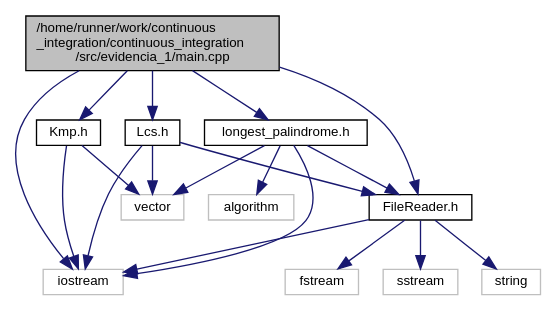
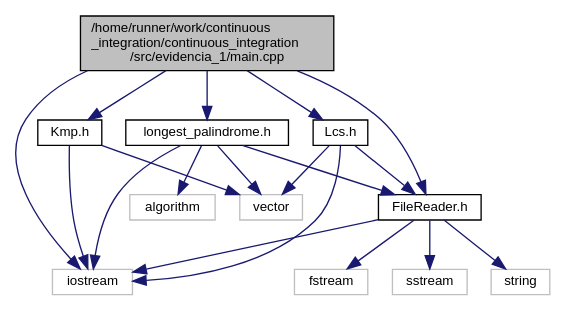
Before and after one commit to Oscar-gg/continuous_integration: the diagram in main_8cpp__incl.dot, drawn with Graphviz. The commit also changed 9 other files, not shown here.

```diff
--- a/main_8cpp__incl.dot
+++ b/main_8cpp__incl.dot
@@ -1,35 +1,35 @@
 digraph "/home/runner/work/continuous_integration/continuous_integration/src/evidencia_1/main.cpp"
 {
  // LATEX_PDF_SIZE
   edge [fontname="Helvetica",fontsize="10",labelfontname="Helvetica",labelfontsize="10"];
   node [fontname="Helvetica",fontsize="10",shape=record];
   Node1 [label="/home/runner/work/continuous\l_integration/continuous_integration\l/src/evidencia_1/main.cpp",height=0.2,width=0.4,color="black", fillcolor="grey75", style="filled", fontcolor="black",tooltip=" "];
   Node1 -> Node2 [color="midnightblue",fontsize="10",style="solid",fontname="Helvetica"];
   Node2 [label="FileReader.h",height=0.2,width=0.4,color="black", fillcolor="white", style="filled",URL="$FileReader_8h.html",tooltip=" "];
   Node2 -> Node3 [color="midnightblue",fontsize="10",style="solid",fontname="Helvetica"];
-  Node3 [label="iostream",height=0.2,width=0.4,color="grey75", fillcolor="white", style="filled",tooltip=" "];
+  Node3 [label="fstream",height=0.2,width=0.4,color="grey75", fillcolor="white", style="filled",tooltip=" "];
   Node2 -> Node4 [color="midnightblue",fontsize="10",style="solid",fontname="Helvetica"];
-  Node4 [label="fstream",height=0.2,width=0.4,color="grey75", fillcolor="white", style="filled",tooltip=" "];
+  Node4 [label="iostream",height=0.2,width=0.4,color="grey75", fillcolor="white", style="filled",tooltip=" "];
   Node2 -> Node5 [color="midnightblue",fontsize="10",style="solid",fontname="Helvetica"];
   Node5 [label="sstream",height=0.2,width=0.4,color="grey75", fillcolor="white", style="filled",tooltip=" "];
   Node2 -> Node6 [color="midnightblue",fontsize="10",style="solid",fontname="Helvetica"];
   Node6 [label="string",height=0.2,width=0.4,color="grey75", fillcolor="white", style="filled",tooltip=" "];
   Node1 -> Node7 [color="midnightblue",fontsize="10",style="solid",fontname="Helvetica"];
   Node7 [label="Kmp.h",height=0.2,width=0.4,color="black", fillcolor="white", style="filled",URL="$Kmp_8h.html",tooltip=" "];
-  Node7 -> Node3 [color="midnightblue",fontsize="10",style="solid",fontname="Helvetica"];
+  Node7 -> Node4 [color="midnightblue",fontsize="10",style="solid",fontname="Helvetica"];
   Node7 -> Node8 [color="midnightblue",fontsize="10",style="solid",fontname="Helvetica"];
   Node8 [label="vector",height=0.2,width=0.4,color="grey75", fillcolor="white", style="filled",tooltip=" "];
   Node1 -> Node9 [color="midnightblue",fontsize="10",style="solid",fontname="Helvetica"];
   Node9 [label="Lcs.h",height=0.2,width=0.4,color="black", fillcolor="white", style="filled",URL="$Lcs_8h.html",tooltip=" "];
   Node9 -> Node2 [color="midnightblue",fontsize="10",style="solid",fontname="Helvetica"];
-  Node9 -> Node3 [color="midnightblue",fontsize="10",style="solid",fontname="Helvetica"];
+  Node9 -> Node4 [color="midnightblue",fontsize="10",style="solid",fontname="Helvetica"];
   Node9 -> Node8 [color="midnightblue",fontsize="10",style="solid",fontname="Helvetica"];
   Node1 -> Node10 [color="midnightblue",fontsize="10",style="solid",fontname="Helvetica"];
   Node10 [label="longest_palindrome.h",height=0.2,width=0.4,color="black", fillcolor="white", style="filled",URL="$longest__palindrome_8h.html",tooltip=" "];
   Node10 -> Node2 [color="midnightblue",fontsize="10",style="solid",fontname="Helvetica"];
-  Node10 -> Node3 [color="midnightblue",fontsize="10",style="solid",fontname="Helvetica"];
-  Node10 -> Node8 [color="midnightblue",fontsize="10",style="solid",fontname="Helvetica"];
   Node10 -> Node11 [color="midnightblue",fontsize="10",style="solid",fontname="Helvetica"];
   Node11 [label="algorithm",height=0.2,width=0.4,color="grey75", fillcolor="white", style="filled",tooltip=" "];
-  Node1 -> Node3 [color="midnightblue",fontsize="10",style="solid",fontname="Helvetica"];
+  Node10 -> Node4 [color="midnightblue",fontsize="10",style="solid",fontname="Helvetica"];
+  Node10 -> Node8 [color="midnightblue",fontsize="10",style="solid",fontname="Helvetica"];
+  Node1 -> Node4 [color="midnightblue",fontsize="10",style="solid",fontname="Helvetica"];
 }
```
